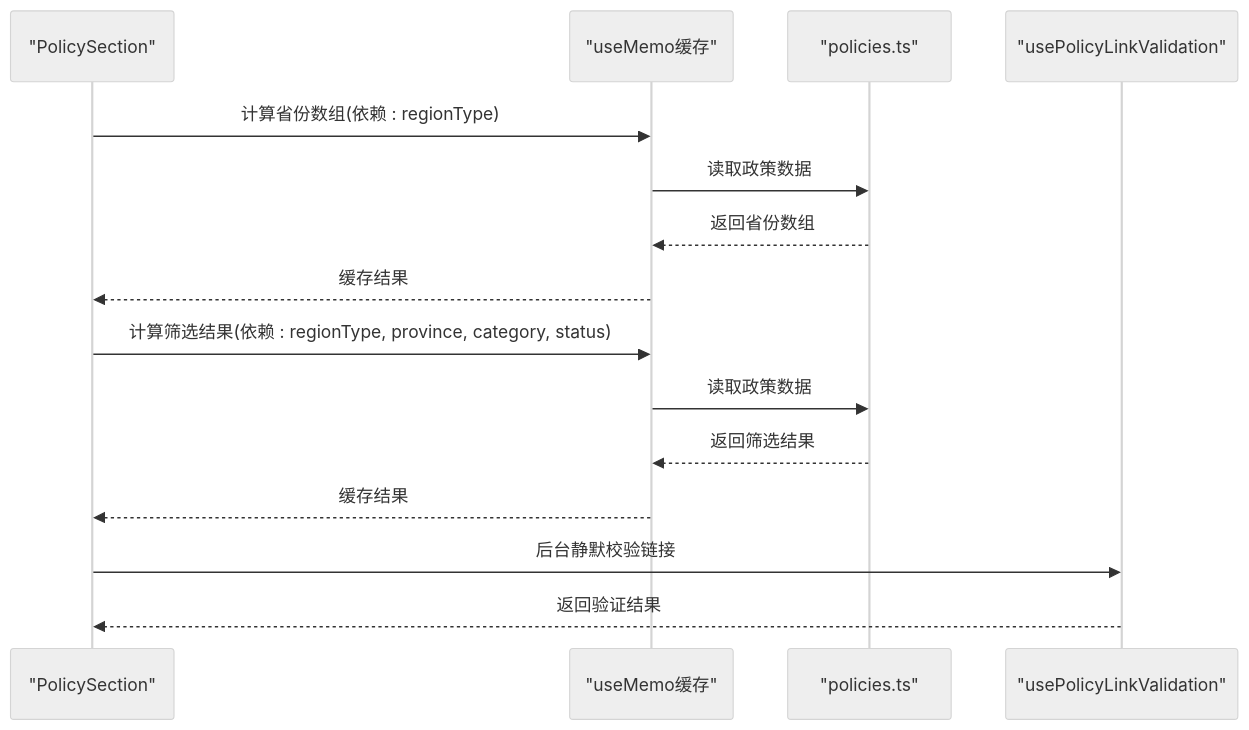
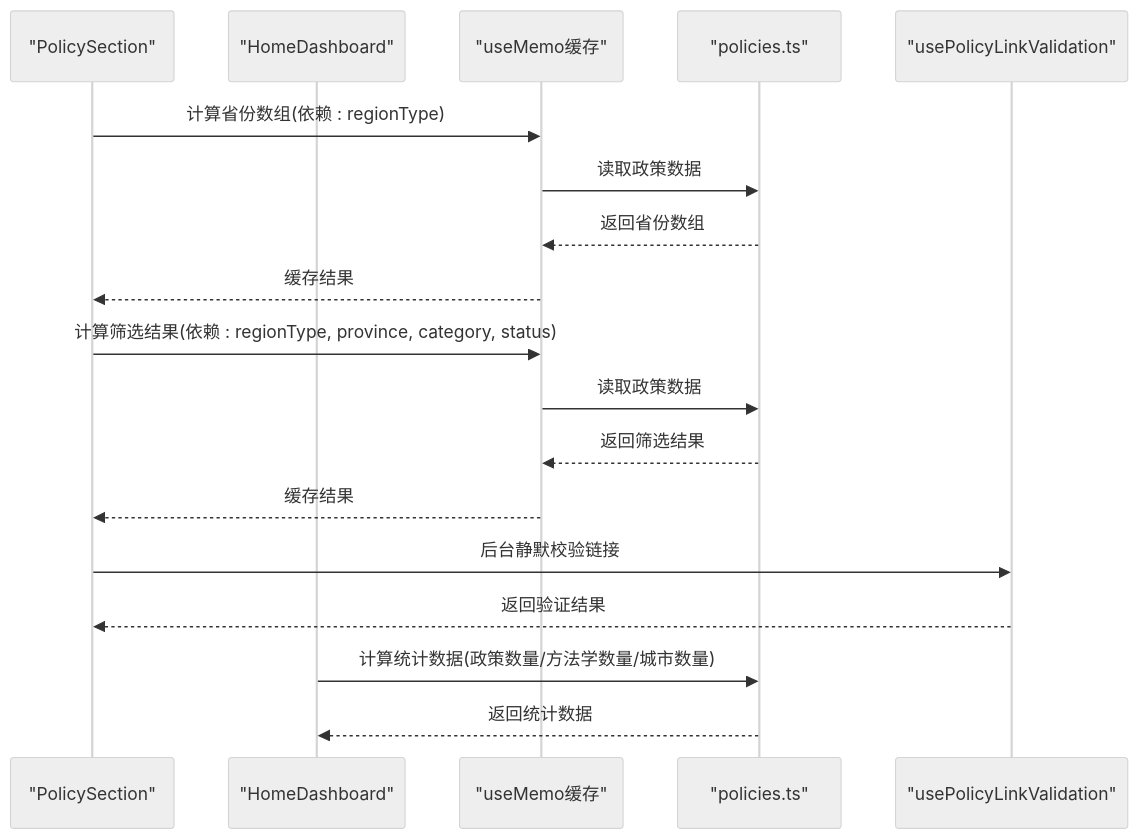
Before and after one commit to liangxuanliang-cmd/carbon-info-agent: the tenth of 13 diagrams in .qoder/repowiki/zh/content/功能模块/政策信息模块.md, drawn with Mermaid (neutral theme). The commit also changed other lines of this file and 8 other files, not shown here.

````diff
--- a/.qoder/repowiki/zh/content/功能模块/政策信息模块.md
+++ b/.qoder/repowiki/zh/content/功能模块/政策信息模块.md
@@ -357,17 +372,20 @@
 ```mermaid
 sequenceDiagram
 participant PS as "PolicySection"
+participant HD as "HomeDashboard"
 participant MEMO as "useMemo缓存"
 participant DATA as "policies.ts"
 participant HOOK as "usePolicyLinkValidation"
 PS->>MEMO : 计算省份数组(依赖 : regionType)
 MEMO->>DATA : 读取政策数据
 DATA-->>MEMO : 返回省份数组
 MEMO-->>PS : 缓存结果
 PS->>MEMO : 计算筛选结果(依赖 : regionType, province, category, status)
 MEMO->>DATA : 读取政策数据
 DATA-->>MEMO : 返回筛选结果
 MEMO-->>PS : 缓存结果
 PS->>HOOK : 后台静默校验链接
 HOOK-->>PS : 返回验证结果
+HD->>DATA : 计算统计数据(政策数量/方法学数量/城市数量)
+DATA-->>HD : 返回统计数据
 ```
````
